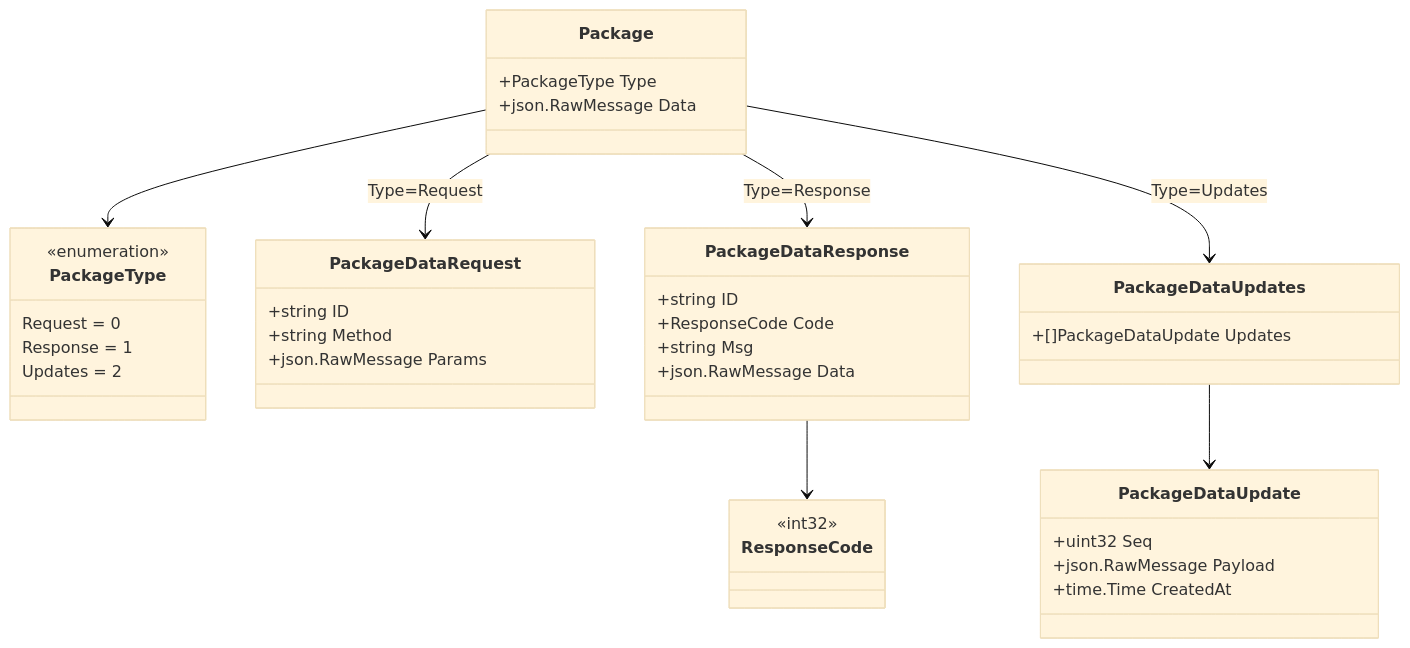
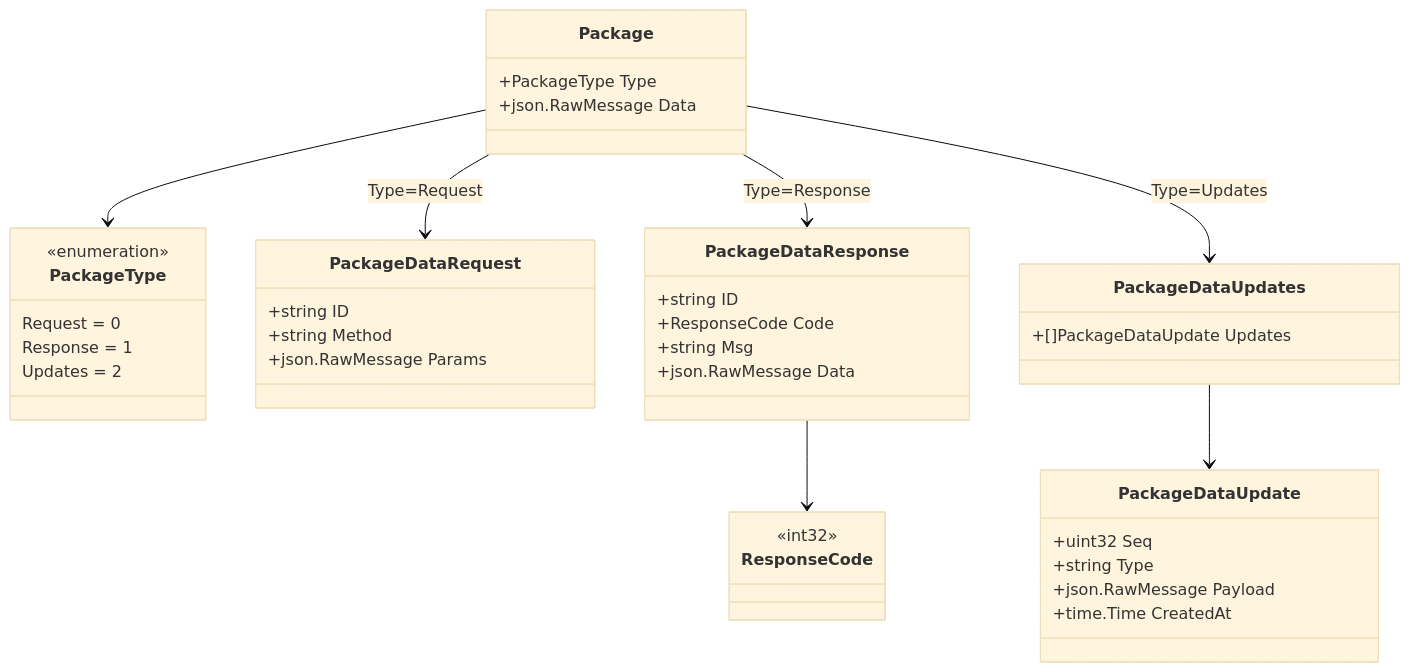
One commit to PineappleBond/xyncra-server changed the second of 8 diagrams in pkg/protocol/README-ZH.md. Above: the diagram before and after it, drawn with Mermaid (base theme). The commit also changed other lines of this file and 23 other files, not shown here.

````diff
--- a/pkg/protocol/README-ZH.md
+++ b/pkg/protocol/README-ZH.md
@@ -56,48 +56,49 @@
 ```mermaid
 classDiagram
     class Package {
         +PackageType Type
         +json.RawMessage Data
     }
     
     class PackageType {
         <<enumeration>>
         Request = 0
         Response = 1
         Updates = 2
     }
     
     class PackageDataRequest {
         +string ID
         +string Method
         +json.RawMessage Params
     }
     
     class PackageDataResponse {
         +string ID
         +ResponseCode Code
         +string Msg
         +json.RawMessage Data
     }
     
     class ResponseCode {
         <<int32>>
     }
     
     class PackageDataUpdates {
         +[]PackageDataUpdate Updates
     }
     
     class PackageDataUpdate {
         +uint32 Seq
+        +string Type
         +json.RawMessage Payload
         +time.Time CreatedAt
     }
     
     Package --> PackageType
     Package --> PackageDataRequest : Type=Request
     Package --> PackageDataResponse : Type=Response
     Package --> PackageDataUpdates : Type=Updates
     PackageDataResponse --> ResponseCode
     PackageDataUpdates --> PackageDataUpdate
 ```
````
